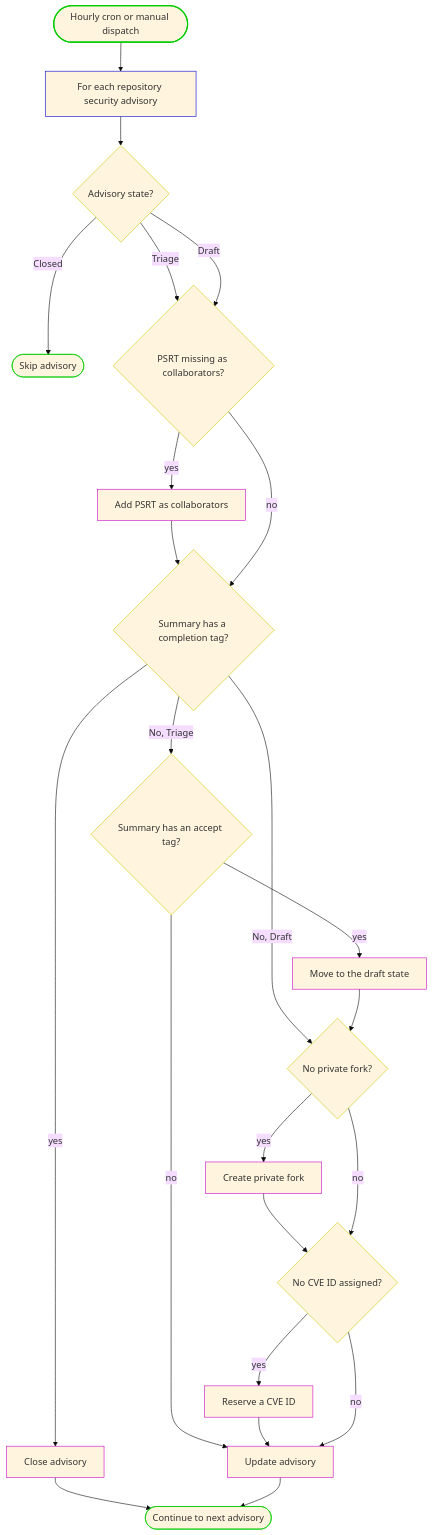
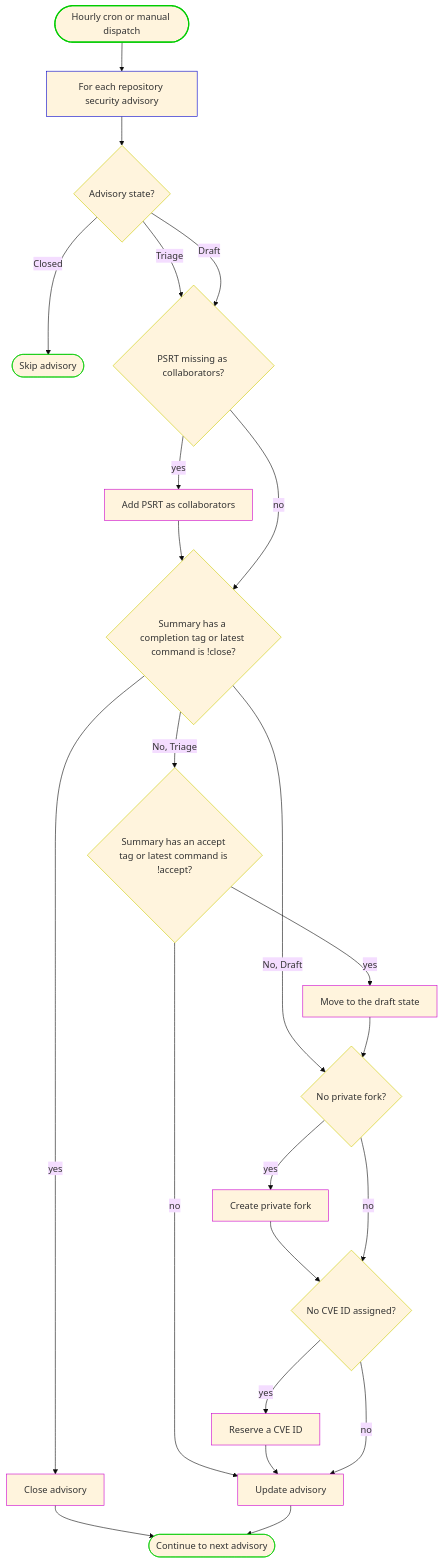
Before and after one commit to python/psrt-ghsa-bot: the diagram in README.md, drawn with Mermaid (base theme). The commit also changed 2 other files, not shown here.

Commit message:
Add comment commands for closing/accepting advisories

````diff
--- a/README.md
+++ b/README.md
@@ -16,37 +16,37 @@
 ```mermaid
 flowchart TD
     Start([Hourly cron or manual dispatch]):::entry --> Advs[For each repository security advisory]:::loop
     Advs --> S{"Advisory state?"}:::decision
 
     S -- Closed --> Skip([Skip advisory]):::terminal
     S -- Triage --> Collab
     S -- Draft --> Collab
 
     Collab{"PSRT missing as collaborators?"}:::decision
     Collab -- yes --> AddCollab[Add PSRT as collaborators]:::write --> Tag
     Collab -- no --> Tag
 
-    Tag{"Summary has a completion tag?"}:::decision
+    Tag{"Summary has a completion tag or latest command is !close?"}:::decision
     Tag -- yes --> Close[Close advisory]:::write --> Done([Continue to next advisory]):::terminal
-    Tag -- "No, Triage" --> Accept{"Summary has an accept tag?"}:::decision
+    Tag -- "No, Triage" --> Accept{"Summary has an accept tag or latest command is !accept?"}:::decision
     Tag -- "No, Draft" --> Fork
 
     Accept -- yes --> ToDraft[Move to the draft state]:::write --> Fork
     Accept -- no --> Update
 
     Fork{"No private fork?"}:::decision
     Fork -- yes --> MkFork[Create private fork]:::write --> Cve
     Fork -- no --> Cve
 
     Cve{"No CVE ID assigned?"}:::decision
     Cve -- yes --> Reserve[Reserve a CVE ID]:::write --> Update
     Cve -- no --> Update
 
     Update[Update advisory]:::write --> Done
 
 classDef entry stroke:#0C0,stroke-width:2px;
 classDef loop stroke:#00C;
 classDef decision stroke:#CC0;
 classDef write stroke:#C0C;
 classDef terminal stroke:#0C0;
 ```
````
